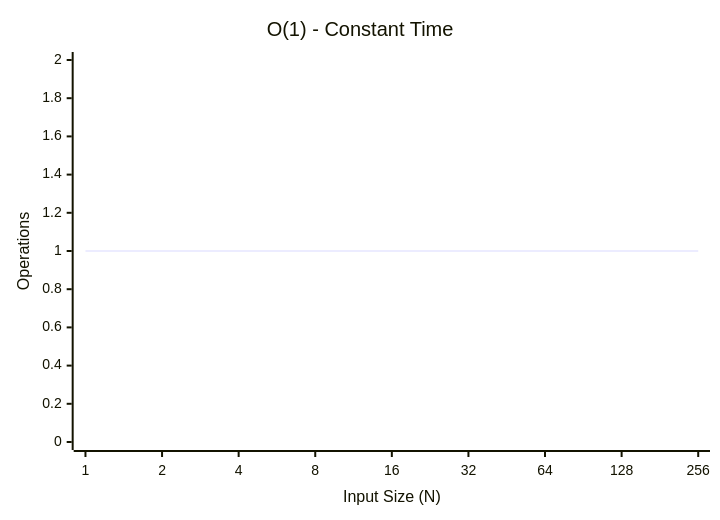
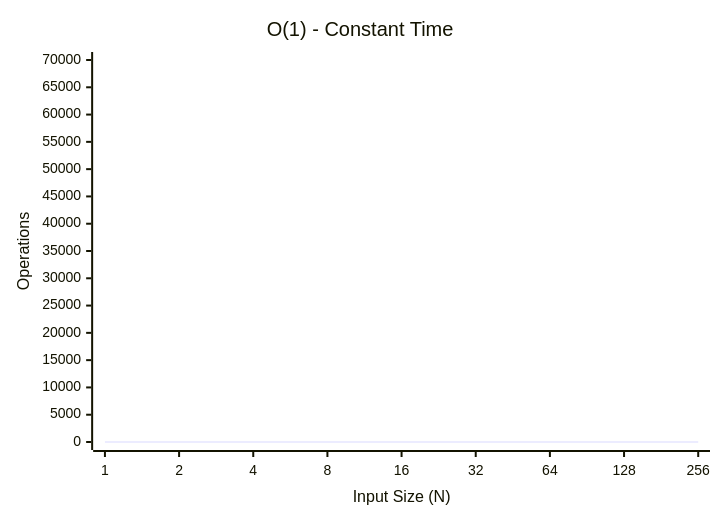
Before and after one commit to youngmin-gwon/what-i-studied: the first of 6 diagrams in 01_inbox/algorithm/algo-complexity-and-big-o.md, drawn with Mermaid. The commit also changed other lines of this file, not shown here.

````diff
--- a/01_inbox/algorithm/algo-complexity-and-big-o.md
+++ b/01_inbox/algorithm/algo-complexity-and-big-o.md
@@ -52,7 +52,7 @@
 ```mermaid
 xychart-beta
     title "O(1) - Constant Time"
     x-axis "Input Size (N)" [1, 2, 4, 8, 16, 32, 64, 128, 256]
-    y-axis "Operations" 0 --> 2
+    y-axis "Operations" 0 --> 70000
     line "O(1)" [1, 1, 1, 1, 1, 1, 1, 1, 1]
 ```
````
